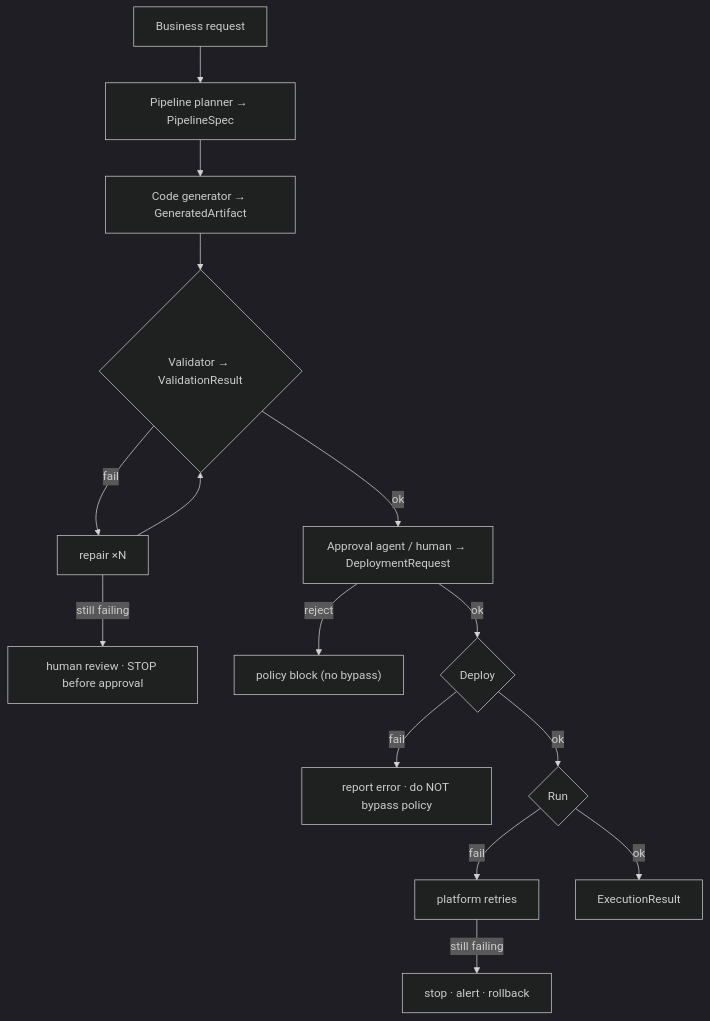
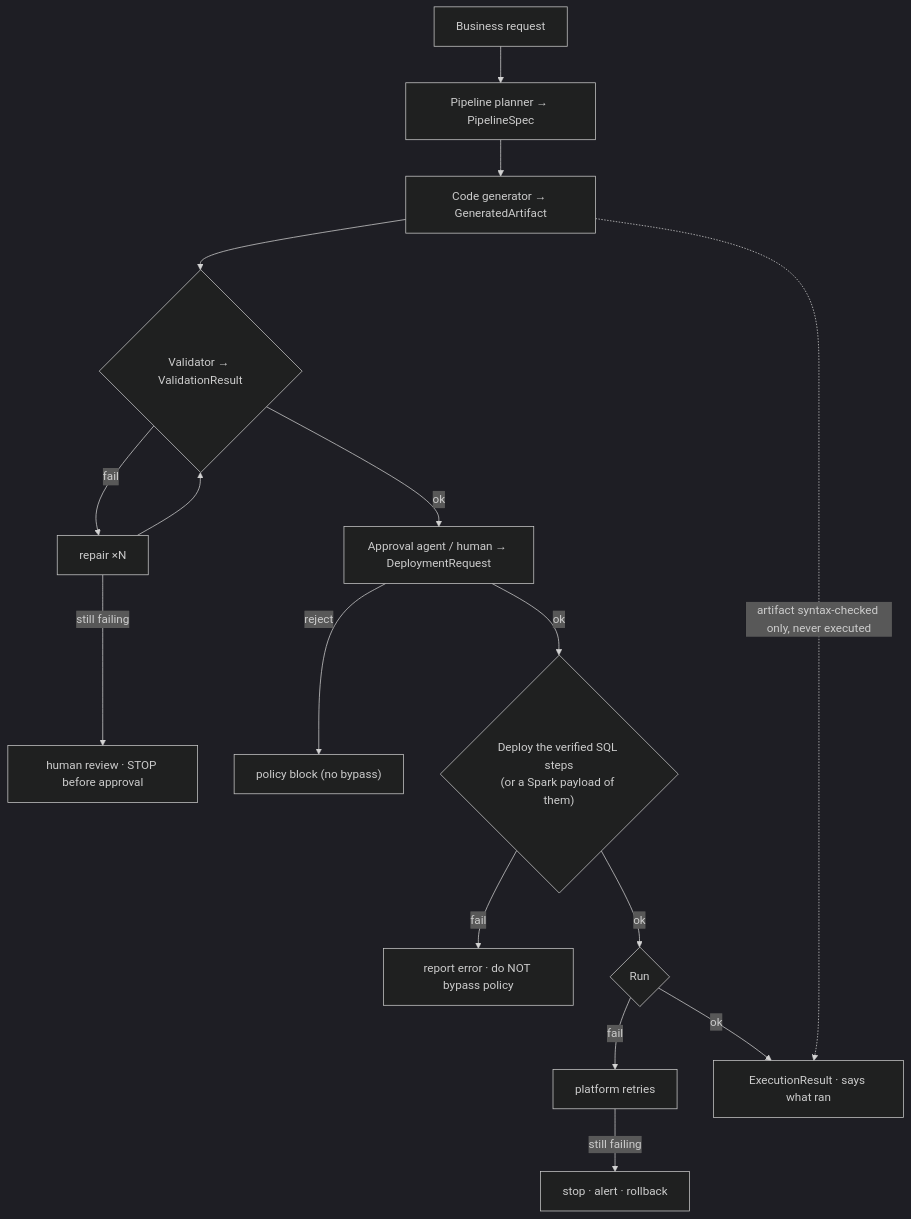
The fifth of 12 diagrams in README.md (rohitkarumanchi745/studio), drawn with Mermaid (dark theme) before and after one commit. The commit also changed other lines of this file and 98 other files, not shown here.

````diff
--- a/README.md
+++ b/README.md
@@ -277,17 +396,18 @@
 ```mermaid
 flowchart TB
     req["Business request"] --> plan["Pipeline planner → PipelineSpec"]
     plan --> gen["Code generator → GeneratedArtifact"]
     gen --> val{"Validator → ValidationResult"}
     val -- fail --> rep["repair ×N"]
     rep --> val
     rep -- still failing --> hr["human review · STOP before approval"]
     val -- ok --> appr["Approval agent / human → DeploymentRequest"]
     appr -- reject --> pb["policy block (no bypass)"]
-    appr -- ok --> dep{"Deploy"}
+    appr -- ok --> dep{"Deploy the verified SQL steps<br/>(or a Spark payload of them)"}
     dep -- fail --> de["report error · do NOT bypass policy"]
     dep -- ok --> run{"Run"}
     run -- fail --> rt["platform retries"]
     rt -- still failing --> ro["stop · alert · rollback"]
-    run -- ok --> ex["ExecutionResult"]
+    run -- ok --> ex["ExecutionResult · says what ran"]
+    gen -. artifact syntax-checked only, never executed .-> ex
 ```
````
